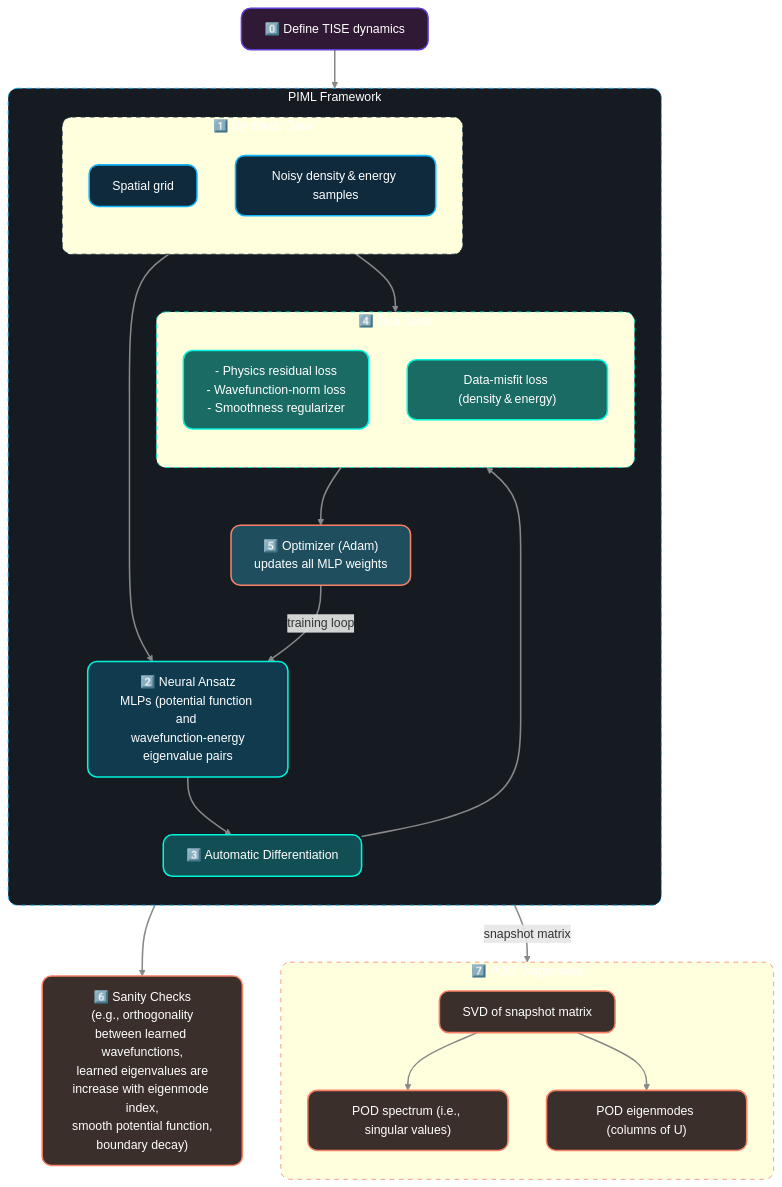
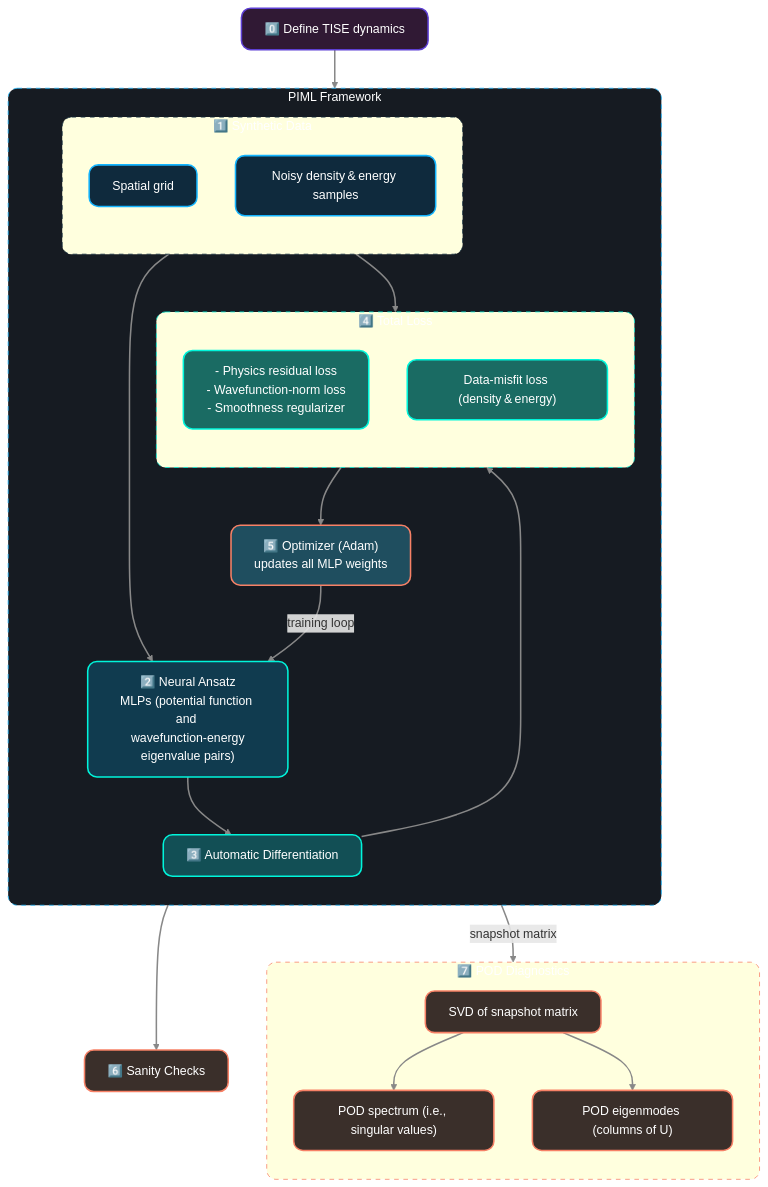
Before and after one commit to Scriber-Labs/lf-pinn-inverse-schrodinger: the diagram in README.md, drawn with Mermaid. The commit also changed other lines of this file, not shown here.

Commit message:
updated mermaid chart of PINN architecture

```diff
--- a/README.md
+++ b/README.md
@@ -98,7 +98,7 @@
             "lineColor": "#14b5ff",
             "textColor": "#ffffff",
             "fontFamily": "'Aclonica', sans-serif",
-            "borderRadius": "16"
+            "borderRadius": "16",
         },
         "handDrawn": true
     } }%%
@@ -140,7 +140,7 @@
         end
         synthetic_data:::Observed_data
 
-        C["2️⃣ Neural Ansatz\nMLPs (potential function and \n wavefunction-energy eigenvalue pairs"]:::stage2
+        C["2️⃣ Neural Ansatz\nMLPs (potential function and \n wavefunction-energy eigenvalue pairs)"]:::stage2
 
         D["3️⃣ Automatic Differentiation"]:::stage3
 
@@ -165,7 +165,7 @@
     %%--------------------------------------------------------------
     %%  POST‑TRAINING DIAGNOSTICS
     %%--------------------------------------------------------------
-    H["6️⃣ Sanity Checks\n (e.g., orthogonality between learned wavefunctions,\n learned eigenvalues are increase with eigenmode index,\n smooth potential function, boundary decay)"]:::stage6
+    H["6️⃣ Sanity Checks"]:::stage6
 
     subgraph POD["7️⃣ POD Diagnostics"]
         direction TB
```
